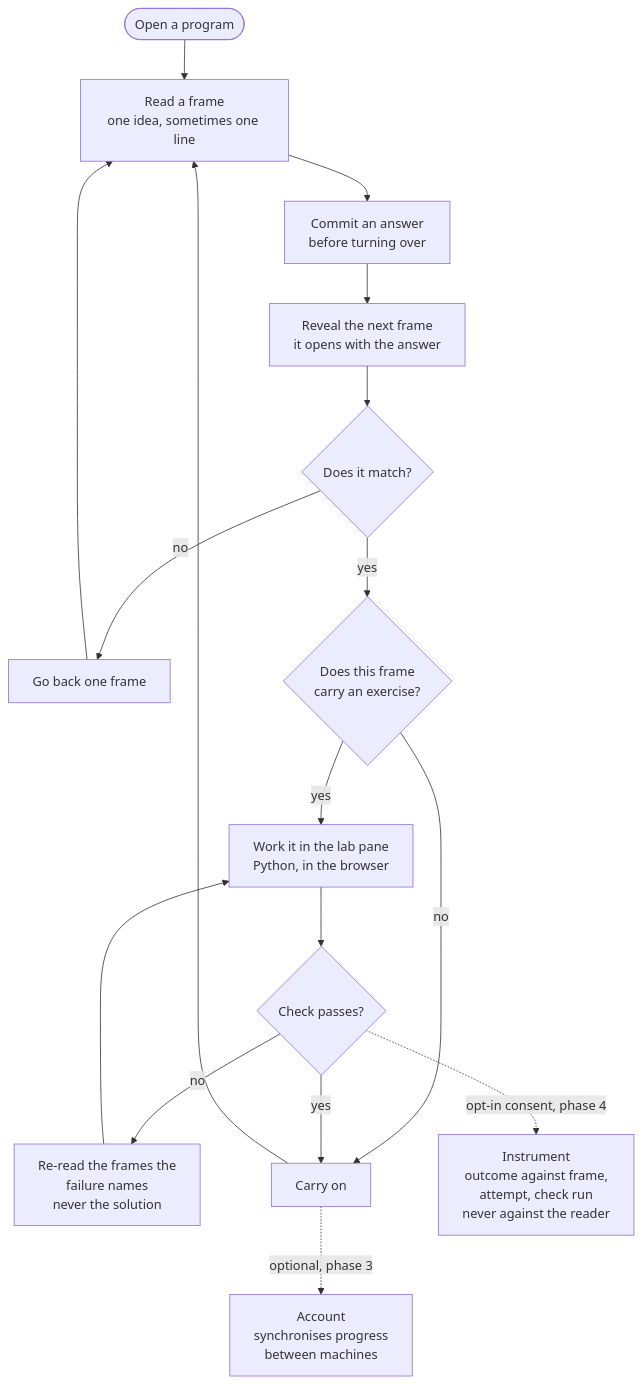
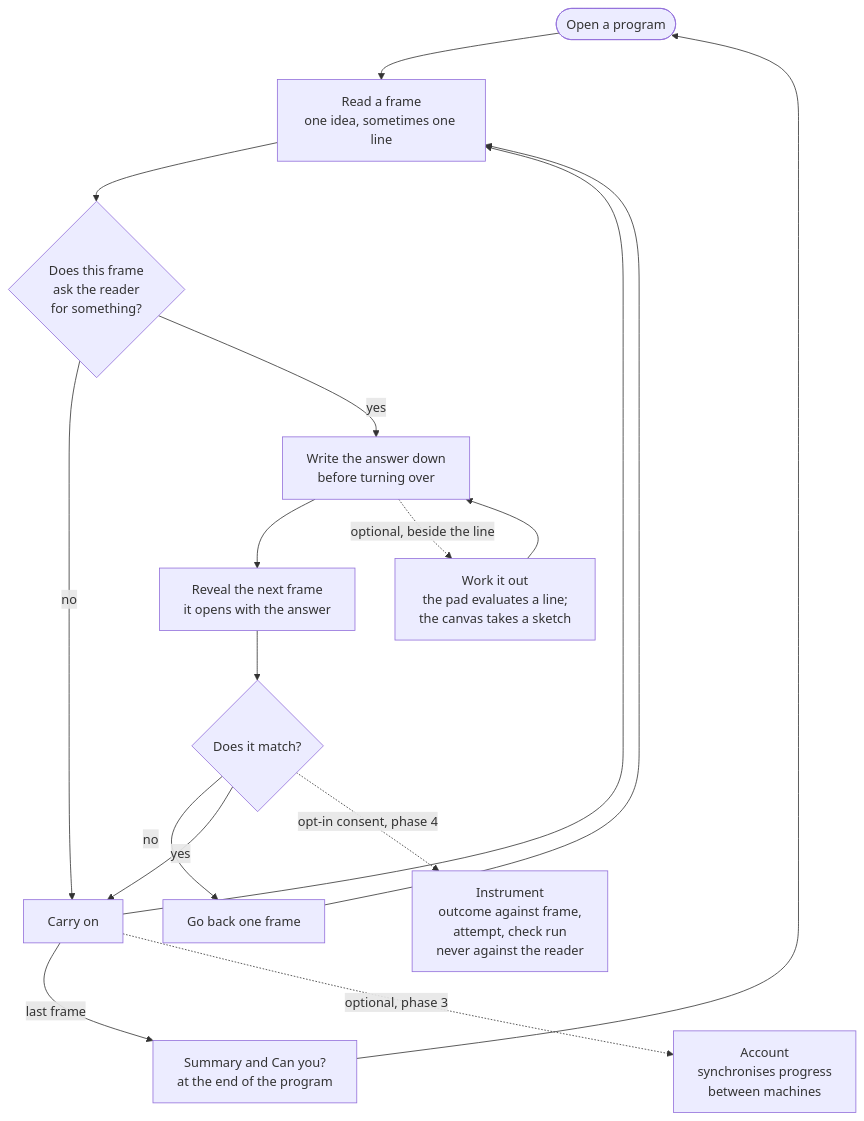
One commit to konradcinkusz/ab-ove changed the diagram in docs/diagrams/ab-ovo-reader-loop.mmd. Above: the diagram before and after it, drawn with Mermaid. The commit also changed 12 other files, not shown here.

```diff
--- a/docs/diagrams/ab-ovo-reader-loop.mmd
+++ b/docs/diagrams/ab-ovo-reader-loop.mmd
@@ -1,49 +1,57 @@
 %% The ab-ovo reader loop.
 %% ONE DIAGRAM PER FILE. ASCII ONLY. See ab-ovo-system.mmd for why no comment line here is
 %% a bare %% marker.
 
 %% EVERY BOX IN THIS DIAGRAM RUNS WITH NO ACCOUNT AND NO BACKEND. That is the product's
 %% first requirement, not an optimisation: frames are served with the site as a versioned
-%% bundle (ADR-0008) and the exercise checks run in the browser under Pyodide (ADR-0007).
+%% bundle (ADR-0008, ADR-0038) and everything the reader writes stays in their browser
+%% (ADR-0039).
+
+%% THE WORK BRANCH USED TO BE PYTHON AND IS NOT ANY MORE (ADR-0040). It asked a reader of a
+%% mathematics book to write code, reached one program of forty-seven, and cost 6.4 MB and
+%% two seconds of boot on every visit. What replaced it is a worksheet: a line to answer on,
+%% a pad that evaluates arithmetic (ADR-0042) and a canvas (ADR-0043). None of them is a
+%% language and all three are optional.
 
 %% The two dotted edges leaving the loop are the only places a server appears, and neither
 %% is on the path: an account synchronises progress between machines and buys nothing else,
 %% and an outcome is contributed only if the reader opted in. Both can be absent and the
 %% loop is unchanged.
 
 %% WHAT IS NOT DRAWN, deliberately: no grading step. The next frame opens with the answer
-%% and the reader compares. Nothing scores the comparison, and no language model is called
+%% and the reader compares. The machine may say "matches the book" where the book's whole
+%% answer is one number, which is 85 frames of 1036, and it never says anything else --
+%% never "wrong" (ADR-0039). Nothing scores the comparison and no language model is called
 %% (ADR-0010). The comparison IS the teaching.
 
 flowchart TD
   START(["Open a program"])
   READ["Read a frame<br/>one idea, sometimes one line"]
-  COMMIT["Commit an answer<br/>before turning over"]
+  ASKS{"Does this frame<br/>ask the reader<br/>for something?"}
+  WORK["Work it out<br/>the pad evaluates a line;<br/>the canvas takes a sketch"]
+  COMMIT["Write the answer down<br/>before turning over"]
   REVEAL["Reveal the next frame<br/>it opens with the answer"]
   COMPARE{"Does it match?"}
   BACK["Go back one frame"]
-  LAB{"Does this frame<br/>carry an exercise?"}
-  WORK["Work it in the lab pane<br/>Python, in the browser"]
-  CHECK{"Check passes?"}
-  FRAMES["Re-read the frames the<br/>failure names<br/>never the solution"]
   NEXT["Carry on"]
+  SUMMARY["Summary and Can you?<br/>at the end of the program"]
   SYNC["Account<br/>synchronises progress<br/>between machines"]
   INST["Instrument<br/>outcome against frame,<br/>attempt, check run<br/>never against the reader"]
 
   START --> READ
-  READ --> COMMIT
+  READ --> ASKS
+  ASKS -->|"no"| NEXT
+  ASKS -->|"yes"| COMMIT
   COMMIT --> REVEAL
+  WORK --> COMMIT
+  COMMIT -.->|"optional, beside the line"| WORK
   REVEAL --> COMPARE
   COMPARE -->|"no"| BACK
   BACK --> READ
-  COMPARE -->|"yes"| LAB
-  LAB -->|"no"| NEXT
-  LAB -->|"yes"| WORK
-  WORK --> CHECK
-  CHECK -->|"no"| FRAMES
-  FRAMES --> WORK
-  CHECK -->|"yes"| NEXT
+  COMPARE -->|"yes"| NEXT
   NEXT --> READ
+  NEXT -->|"last frame"| SUMMARY
+  SUMMARY --> START
 
   NEXT -.->|"optional, phase 3"| SYNC
-  CHECK -.->|"opt-in consent, phase 4"| INST
+  COMPARE -.->|"opt-in consent, phase 4"| INST
```
